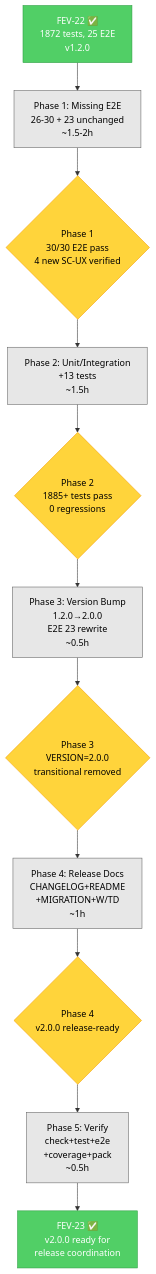
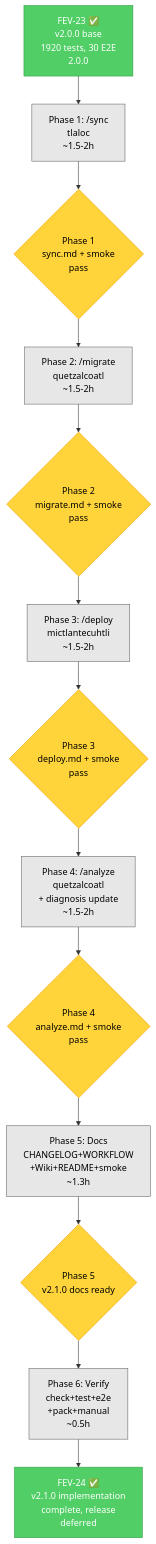
One commit to Fisherk2/codice-opencode changed the diagram in tasks/todo.md. Above: the diagram before and after it, drawn with Mermaid. The commit also changed other lines of this file and 1 other file, not shown here.

Commit message:
docs(tasks): FEV-24 implementation plan for v2.1.0 new commands

````diff
--- a/tasks/todo.md
+++ b/tasks/todo.md
@@ -355,18 +277,20 @@
 ```mermaid
 graph TD
-    F22[FEV-22 ✅<br/>1872 tests, 25 E2E<br/>v1.2.0]:::done --> P1
-    P1[Phase 1: Missing E2E<br/>26-30 + 23 unchanged<br/>~1.5-2h]:::seq --> CP1
-    CP1{Phase 1<br/>30/30 E2E pass<br/>4 new SC-UX verified}:::gate --> P2
-    P2[Phase 2: Unit/Integration<br/>+13 tests<br/>~1.5h]:::seq --> CP2
-    CP2{Phase 2<br/>1885+ tests pass<br/>0 regressions}:::gate --> P3
-    P3[Phase 3: Version Bump<br/>1.2.0→2.0.0<br/>E2E 23 rewrite<br/>~0.5h]:::seq --> CP3
-    CP3{Phase 3<br/>VERSION=2.0.0<br/>transitional removed}:::gate --> P4
-    P4[Phase 4: Release Docs<br/>CHANGELOG+README<br/>+MIGRATION+W/TD<br/>~1h]:::seq --> CP4
-    CP4{Phase 4<br/>v2.0.0 release-ready}:::gate --> P5
-    P5[Phase 5: Verify<br/>check+test+e2e<br/>+coverage+pack<br/>~0.5h]:::seq --> DONE
-    DONE[FEV-23 ✅<br/>v2.0.0 ready for<br/>release coordination]:::done
+    F23[FEV-23 ✅<br/>v2.0.0 base<br/>1920 tests, 30 E2E<br/>2.0.0]:::done --> P1
+    P1[Phase 1: /sync<br/>tlaloc<br/>~1.5-2h]:::seq --> CP1
+    CP1{Phase 1<br/>sync.md + smoke<br/>pass}:::gate --> P2
+    P2[Phase 2: /migrate<br/>quetzalcoatl<br/>~1.5-2h]:::seq --> CP2
+    CP2{Phase 2<br/>migrate.md + smoke<br/>pass}:::gate --> P3
+    P3[Phase 3: /deploy<br/>mictlantecuhtli<br/>~1.5-2h]:::seq --> CP3
+    CP3{Phase 3<br/>deploy.md + smoke<br/>pass}:::gate --> P4
+    P4[Phase 4: /analyze<br/>quetzalcoatl<br/>+ diagnosis update<br/>~1.5-2h]:::seq --> CP4
+    CP4{Phase 4<br/>analyze.md + smoke<br/>pass}:::gate --> P5
+    P5[Phase 5: Docs<br/>CHANGELOG+WORKFLOW<br/>+Wiki+README+smoke<br/>~1.3h]:::seq --> CP5
+    CP5{Phase 5<br/>v2.1.0 docs ready}:::gate --> P6
+    P6[Phase 6: Verify<br/>check+test+e2e<br/>+pack+manual<br/>~0.5h]:::seq --> DONE
+    DONE[FEV-24 ✅<br/>v2.1.0 implementation<br/>complete, release<br/>deferred]:::done
 
     classDef done fill:#51cf66,stroke:#2f9e44,color:#fff
     classDef gate fill:#ffd43b,stroke:#f59f00,color:#000
     classDef seq fill:#e7e7e7,stroke:#666,color:#000
 ```
````
